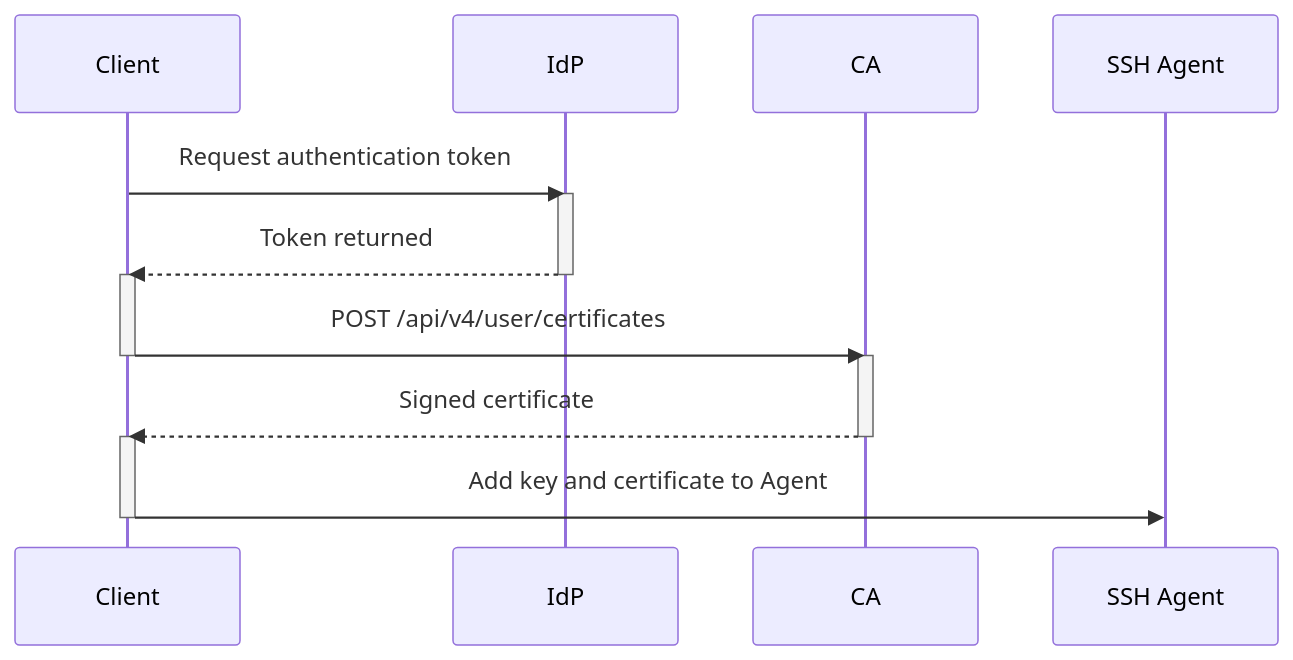
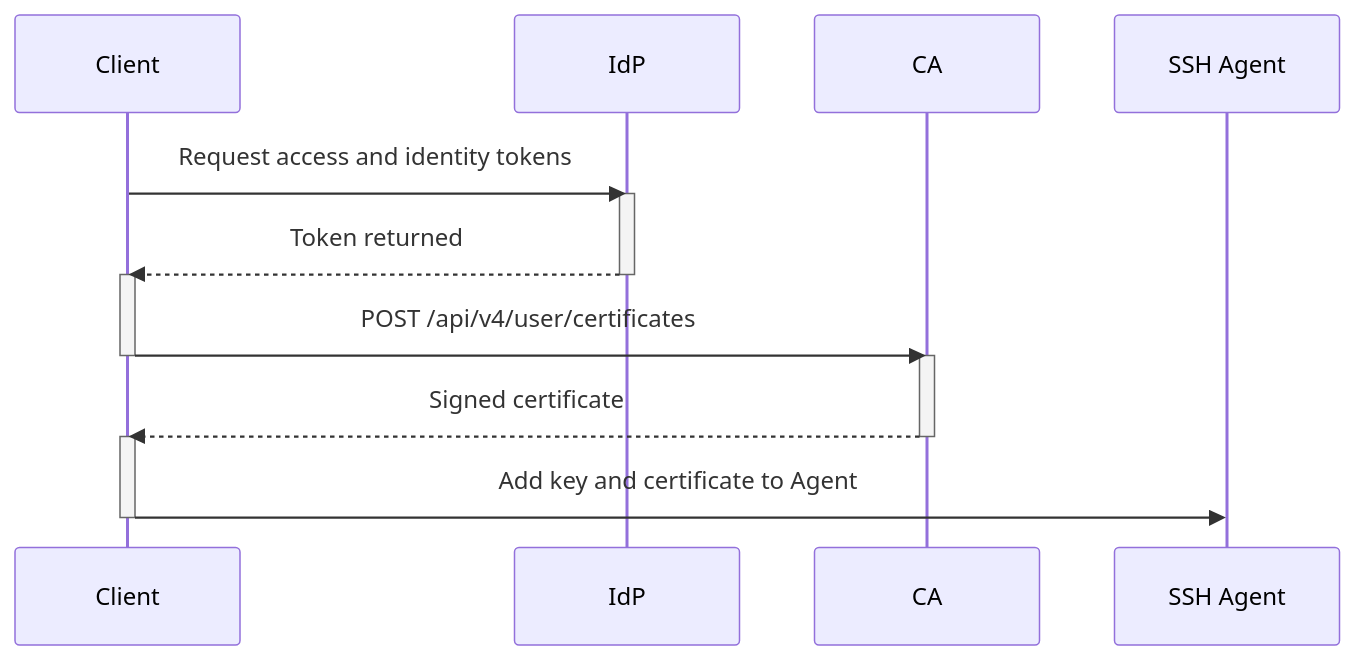
Before and after one commit to andrewheberle/serverless-ssh-ca: the second of 4 diagrams in packages/core/README.md, drawn with Mermaid. The commit also changed other lines of this file and 11 other files, not shown here.

````diff
--- a/packages/core/README.md
+++ b/packages/core/README.md
@@ -165,16 +169,16 @@
 ```mermaid
 sequenceDiagram
-    Client->>IdP: Request authentication token
+    Client->>IdP: Request access and identity tokens
     activate IdP
     IdP-->>Client: Token returned
     deactivate IdP
     activate Client
     Client->>CA: POST /api/v4/user/certificates
     deactivate Client
     activate CA
     CA-->>Client: Signed certificate
     deactivate CA
     activate Client
     Client->>SSH Agent: Add key and certificate to Agent
     deactivate Client
 ```
````
